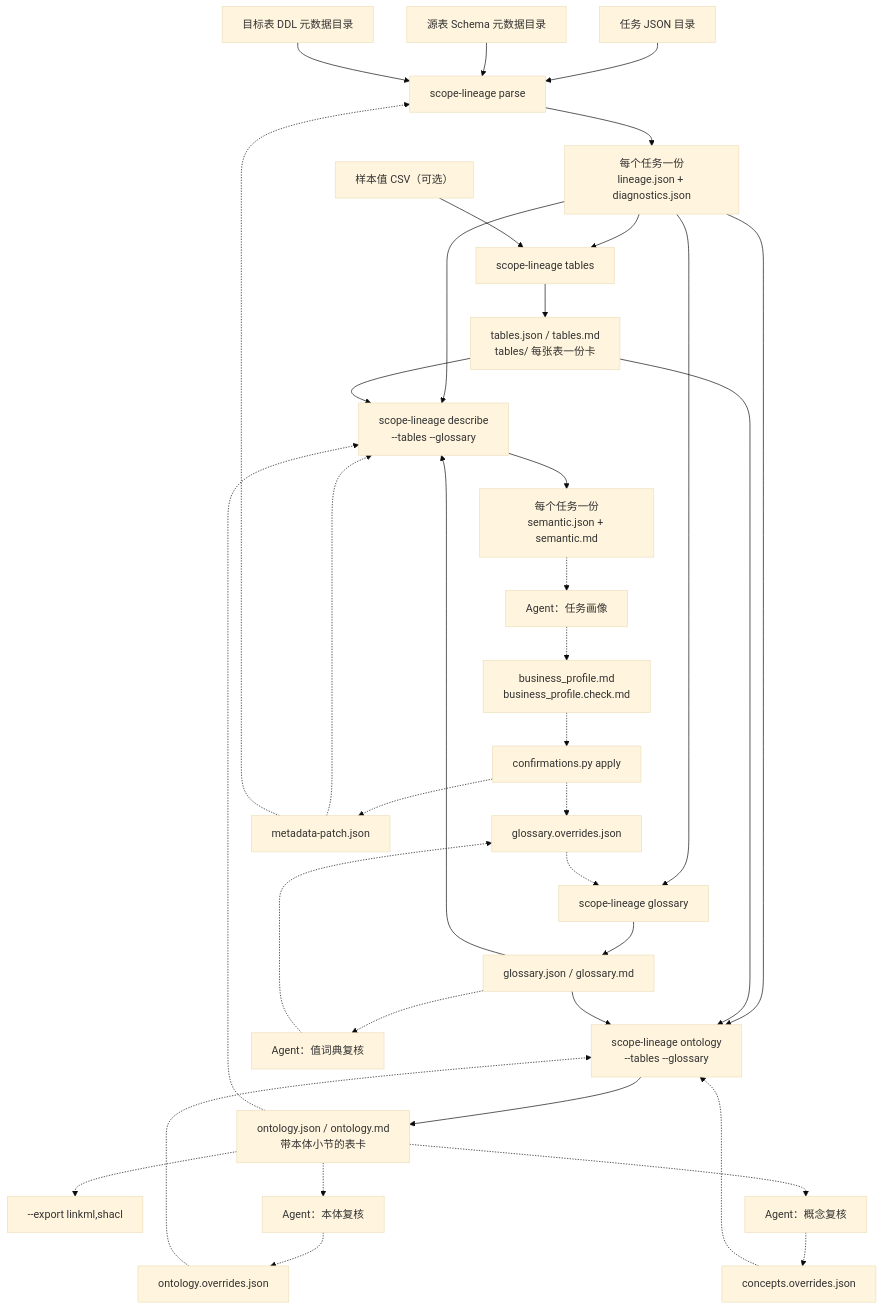
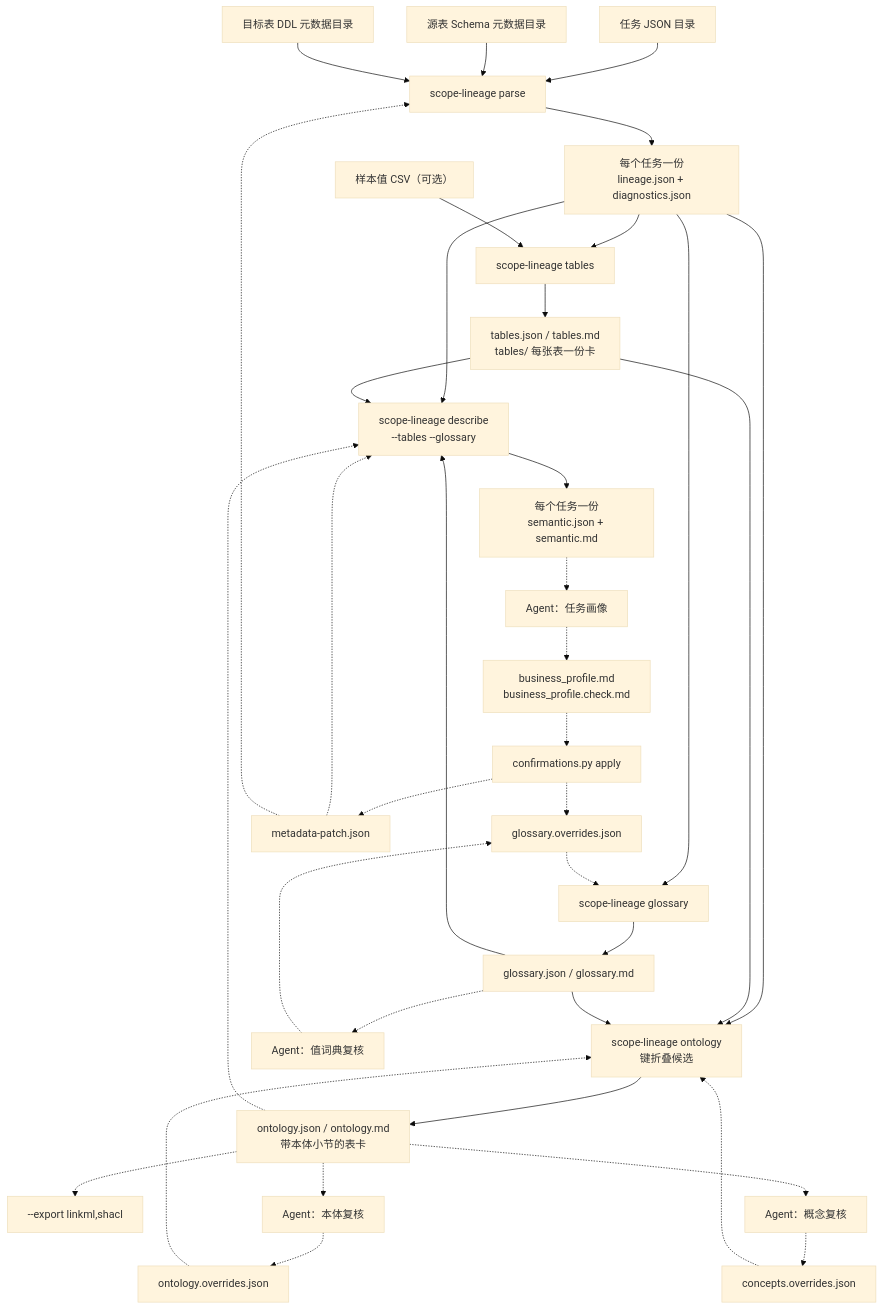
The diagram in docs/zh-CN/workflow.md (realyin/scope-lineage), drawn with Mermaid (base theme) before and after one commit. The commit also changed other lines of this file and 19 other files, not shown here.

````diff
--- a/docs/zh-CN/workflow.md
+++ b/docs/zh-CN/workflow.md
@@ -13,44 +13,44 @@
 ```mermaid
 flowchart TD
     IN_TASK["任务 JSON 目录"] --> PARSE
     IN_SCHEMA["源表 Schema 元数据目录"] --> PARSE
     IN_DDL["目标表 DDL 元数据目录"] --> PARSE
     PARSE["scope-lineage parse"] --> FACTS["每个任务一份<br/>lineage.json + diagnostics.json"]
 
     FACTS --> TABLES["scope-lineage tables"]
     FACTS --> GLOSSARY["scope-lineage glossary"]
     IN_SAMPLES["样本值 CSV（可选）"] --> TABLES
     TABLES --> CARDS["tables.json / tables.md<br/>tables/ 每张表一份卡"]
     GLOSSARY --> DICT["glossary.json / glossary.md"]
 
     FACTS --> DESCRIBE["scope-lineage describe<br/>--tables --glossary"]
     CARDS --> DESCRIBE
     DICT --> DESCRIBE
     DESCRIBE --> SEMANTIC["每个任务一份<br/>semantic.json + semantic.md"]
 
-    FACTS --> ONTOLOGY["scope-lineage ontology<br/>--tables --glossary"]
+    FACTS --> ONTOLOGY["scope-lineage ontology<br/>键折叠候选"]
     CARDS --> ONTOLOGY
     DICT --> ONTOLOGY
     ONTOLOGY --> ONTO_OUT["ontology.json / ontology.md<br/>带本体小节的表卡"]
     ONTO_OUT -.-> EXPORT["--export linkml,shacl"]
     ONTO_OUT -.-> DESCRIBE
 
     SEMANTIC -.-> AGENT_PROFILE["Agent：任务画像"]
     AGENT_PROFILE -.-> PROFILE_MD["business_profile.md<br/>business_profile.check.md"]
     PROFILE_MD -.-> APPLY["confirmations.py apply"]
     APPLY -.-> G_OVR["glossary.overrides.json"]
     APPLY -.-> PATCH["metadata-patch.json"]
 
     DICT -.-> AGENT_GLOSSARY["Agent：值词典复核"]
     AGENT_GLOSSARY -.-> G_OVR
     ONTO_OUT -.-> AGENT_ONTOLOGY["Agent：本体复核"]
     AGENT_ONTOLOGY -.-> O_OVR["ontology.overrides.json"]
     ONTO_OUT -.-> AGENT_CONCEPT["Agent：概念复核"]
     AGENT_CONCEPT -.-> C_OVR["concepts.overrides.json"]
 
     G_OVR -.-> GLOSSARY
     O_OVR -.-> ONTOLOGY
     C_OVR -.-> ONTOLOGY
     PATCH -.-> DESCRIBE
     PATCH -.-> PARSE
 ```
````
